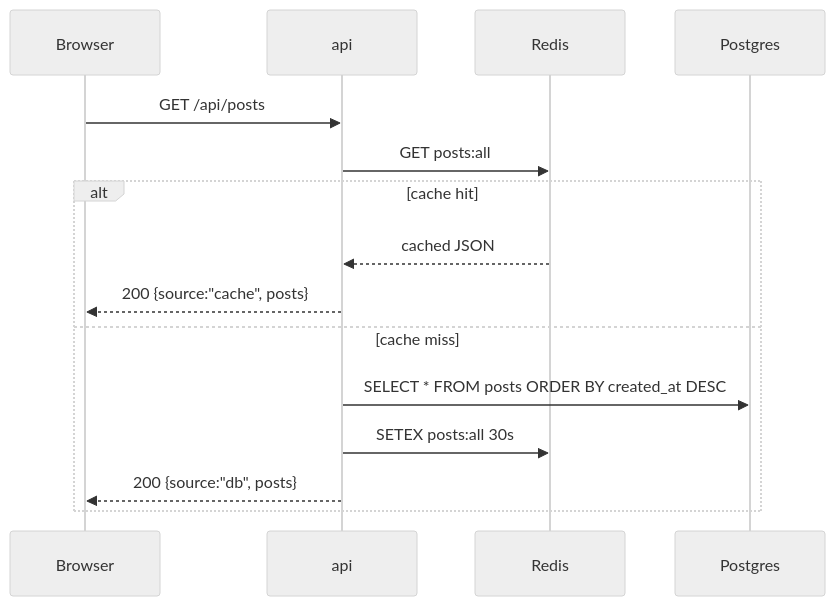
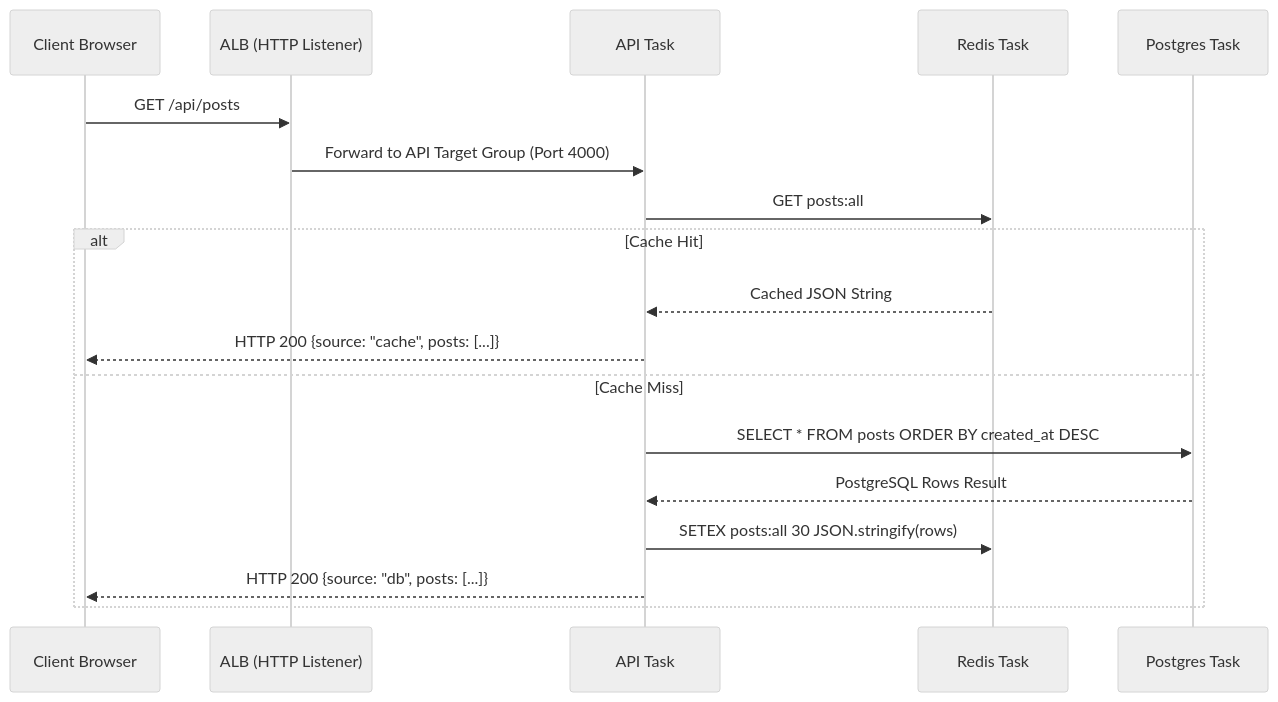
One commit to AmreetPoudel/order-platform changed the second of 2 diagrams in architecture.md. Above: the diagram before and after it, drawn with Mermaid (neutral theme). The commit also changed other lines of this file and 1 other file, not shown here.

Commit message:
readme and architecture for ecs farget implementation

````diff
--- a/architecture.md
+++ b/architecture.md
@@ -52,18 +96,21 @@
 ```mermaid
 sequenceDiagram
-    participant U as Browser
-    participant A as api
-    participant R as Redis
-    participant P as Postgres
+    participant U as Client Browser
+    participant L as ALB (HTTP Listener)
+    participant A as API Task
+    participant R as Redis Task
+    participant P as Postgres Task
 
-    U->>A: GET /api/posts
+    U->>L: GET /api/posts
+    L->>A: Forward to API Target Group (Port 4000)
     A->>R: GET posts:all
-    alt cache hit
-        R-->>A: cached JSON
-        A-->>U: 200 {source:"cache", posts}
-    else cache miss
+    alt Cache Hit
+        R-->>A: Cached JSON String
+        A-->>U: HTTP 200 {source: "cache", posts: [...]}
+    else Cache Miss
         A->>P: SELECT * FROM posts ORDER BY created_at DESC
-        A->>R: SETEX posts:all 30s
-        A-->>U: 200 {source:"db", posts}
+        P-->>A: PostgreSQL Rows Result
+        A->>R: SETEX posts:all 30 JSON.stringify(rows)
+        A-->>U: HTTP 200 {source: "db", posts: [...]}
     end
 ```
````
